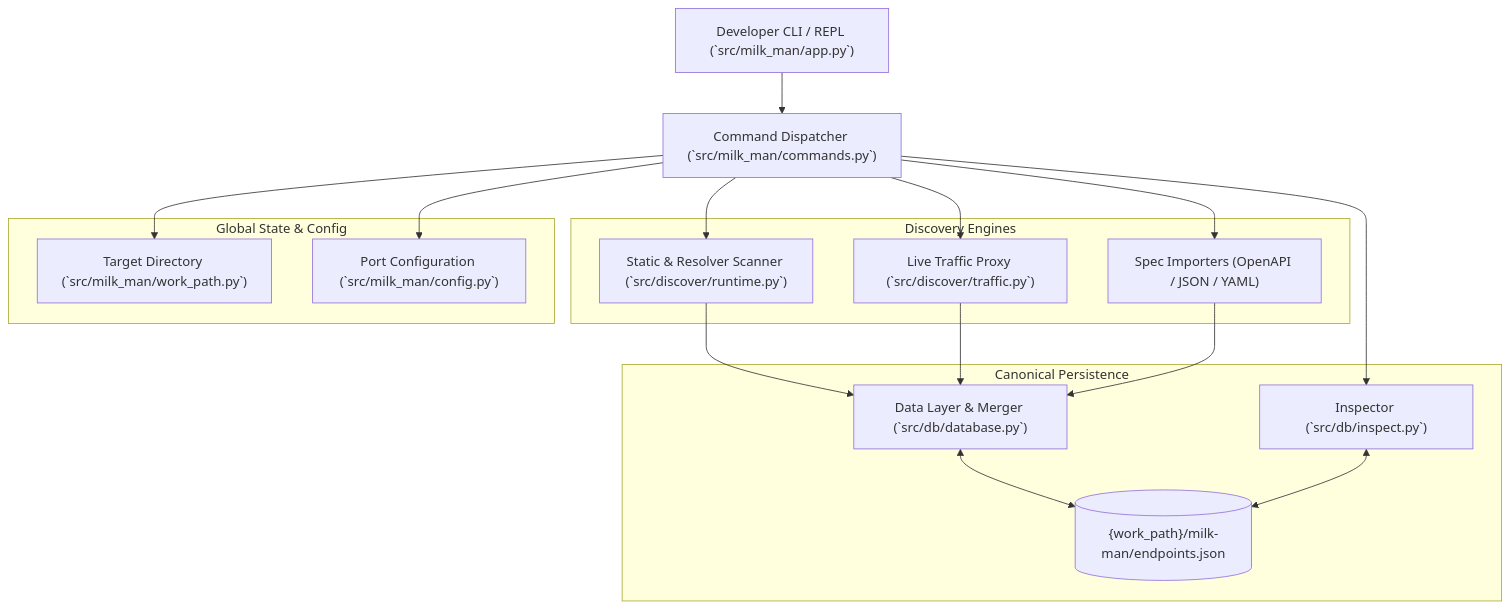
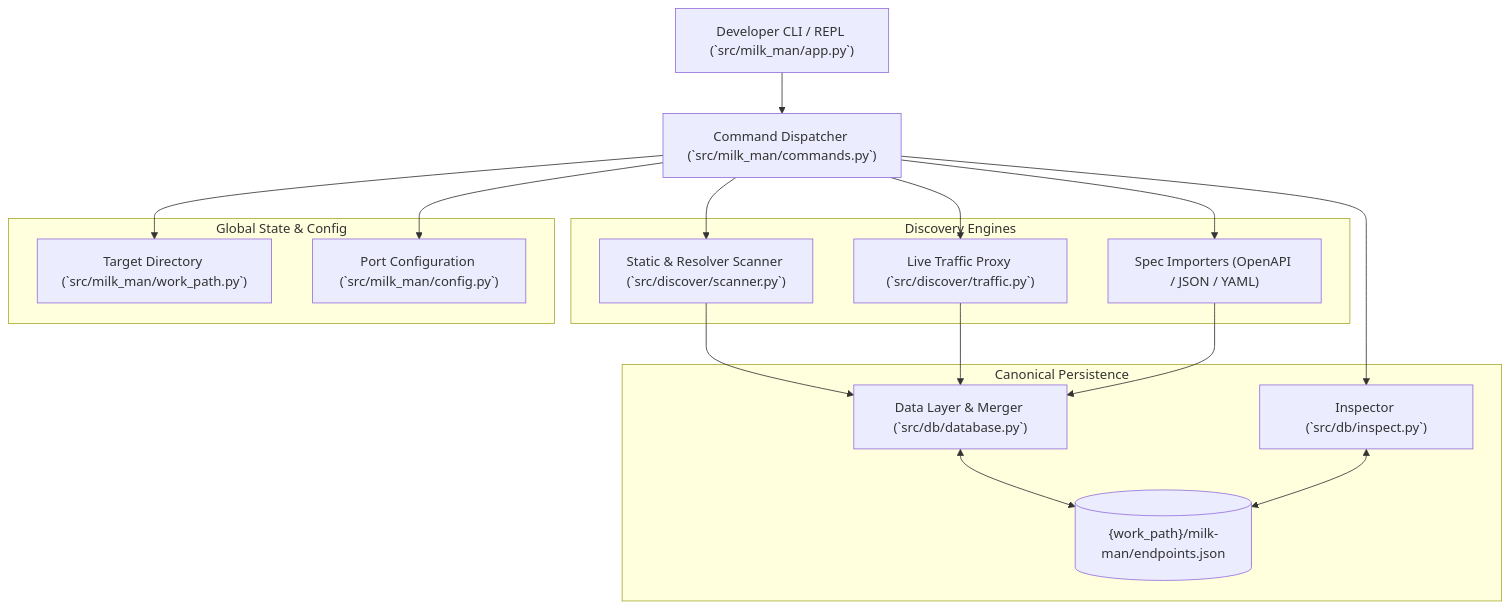
Before and after one commit to lenhad123654/milk-man: the diagram in AGENTS.md, drawn with Mermaid. The commit also changed other lines of this file and 16 other files, not shown here.

````diff
--- a/AGENTS.md
+++ b/AGENTS.md
@@ -12,34 +12,34 @@
 ```mermaid
 flowchart TD
     User["Developer CLI / REPL (`src/milk_man/app.py`)"] --> Dispatch["Command Dispatcher (`src/milk_man/commands.py`)"]
     
     subgraph Discovery ["Discovery Engines"]
-        Scan["Static & Resolver Scanner (`src/discover/runtime.py`)"]
+        Scan["Static & Resolver Scanner (`src/discover/scanner.py`)"]
         Proxy["Live Traffic Proxy (`src/discover/traffic.py`)"]
         Importer["Spec Importers (OpenAPI / JSON / YAML)"]
     end
     
     subgraph State ["Global State & Config"]
         WP["Target Directory (`src/milk_man/work_path.py`)"]
         CFG["Port Configuration (`src/milk_man/config.py`)"]
     end
 
     subgraph Storage ["Canonical Persistence"]
         DB["Data Layer & Merger (`src/db/database.py`)"]
         File[("`{work_path}/milk-man/endpoints.json`")]
         Inspect["Inspector (`src/db/inspect.py`)"]
     end
 
     Dispatch --> Scan
     Dispatch --> Proxy
     Dispatch --> Importer
     Dispatch --> Inspect
     Dispatch --> WP
     Dispatch --> CFG
 
     Scan --> DB
     Proxy --> DB
     Importer --> DB
     DB <--> File
     Inspect <--> File
 ```
````
